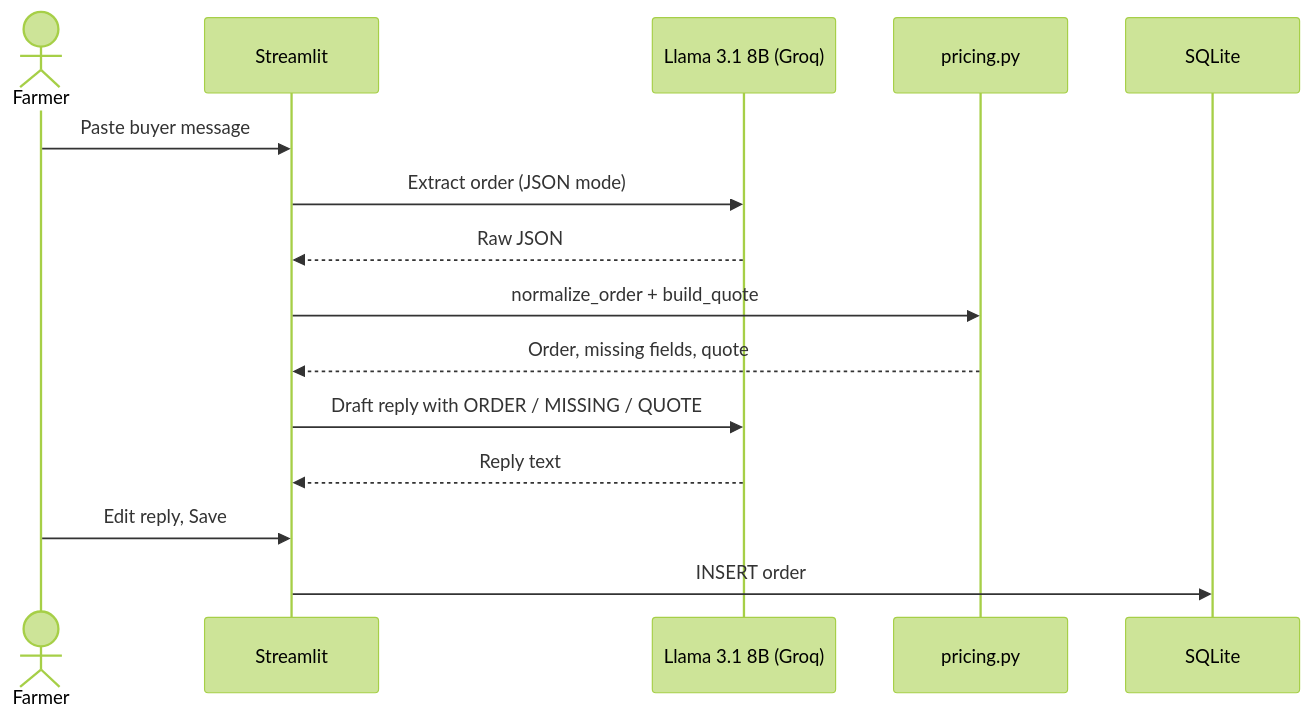
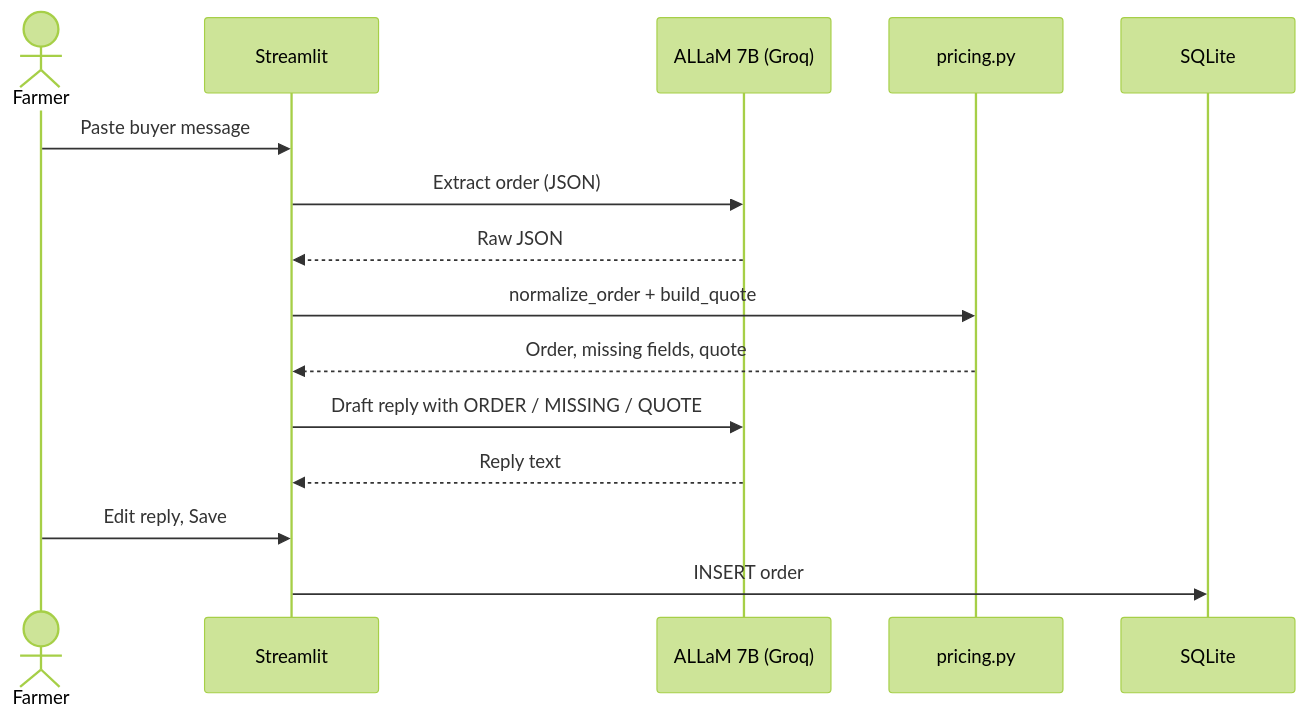
Before and after one commit to hellohammadi/mandi-desk: the third of 4 diagrams in README.md, drawn with Mermaid (forest theme). The commit also changed other lines of this file and 2 other files, not shown here.

First line of the commit message:
Use ALLaM 7B (available on Groq account) with JSON fallback parsing

````diff
--- a/README.md
+++ b/README.md
@@ -63,17 +64,17 @@
 ```mermaid
 sequenceDiagram
   actor Farmer
   participant UI as Streamlit
-  participant LLM as Llama 3.1 8B (Groq)
+  participant LLM as ALLaM 7B (Groq)
   participant P as pricing.py
   participant DB as SQLite
   Farmer->>UI: Paste buyer message
-  UI->>LLM: Extract order (JSON mode)
+  UI->>LLM: Extract order (JSON)
   LLM-->>UI: Raw JSON
   UI->>P: normalize_order + build_quote
   P-->>UI: Order, missing fields, quote
   UI->>LLM: Draft reply with ORDER / MISSING / QUOTE
   LLM-->>UI: Reply text
   Farmer->>UI: Edit reply, Save
   UI->>DB: INSERT order
 ```
````
